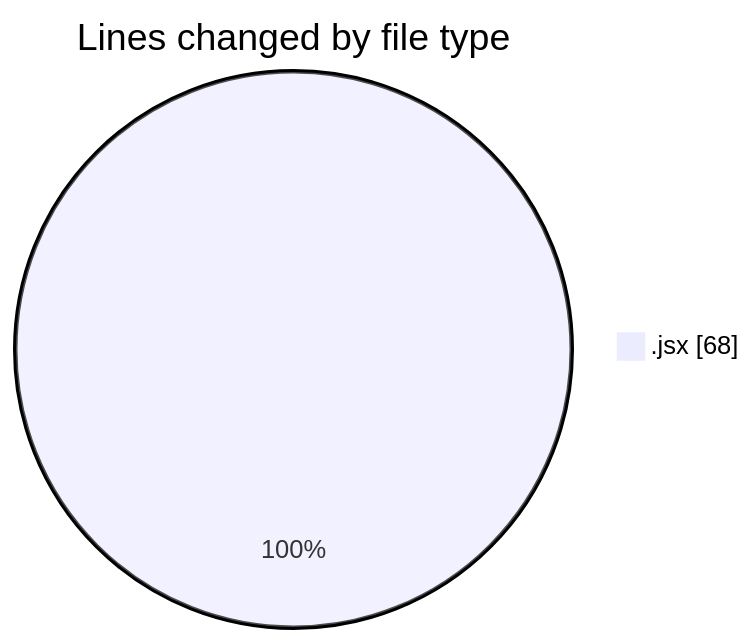
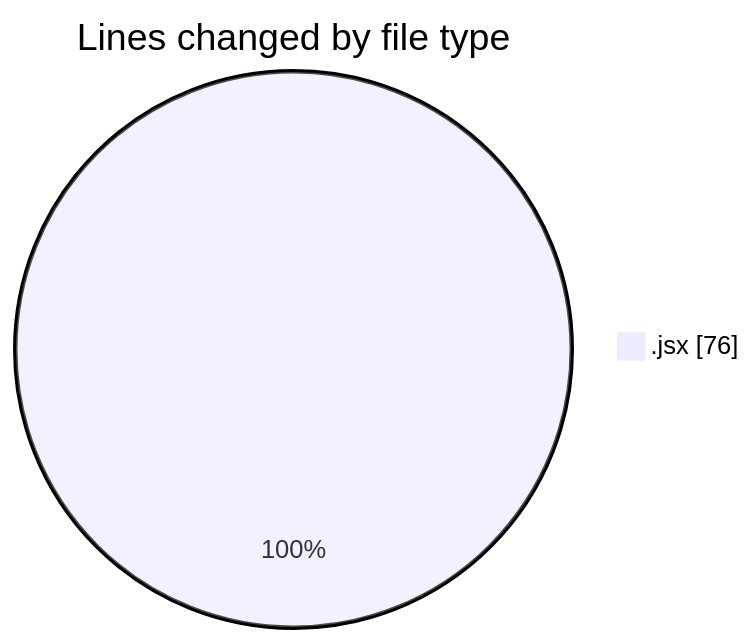
Before and after one commit to momahboobian/code-tracking: the first of 2 diagrams in 2026-02-12/cda/README.md, drawn with Mermaid. The commit also changed other lines of this file and 1 other file, not shown here.

````diff
--- a/2026-02-12/cda/README.md
+++ b/2026-02-12/cda/README.md
@@ -20,5 +20,5 @@
 ```mermaid
 pie showData
 title Lines changed by file type
-".jsx" : 68
+".jsx" : 76
 ```
````
